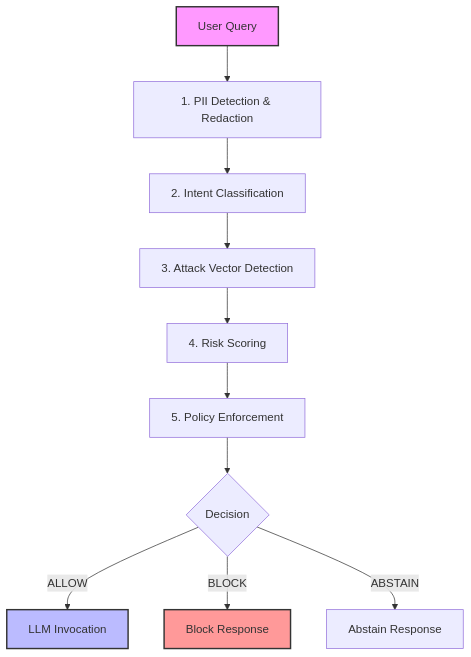
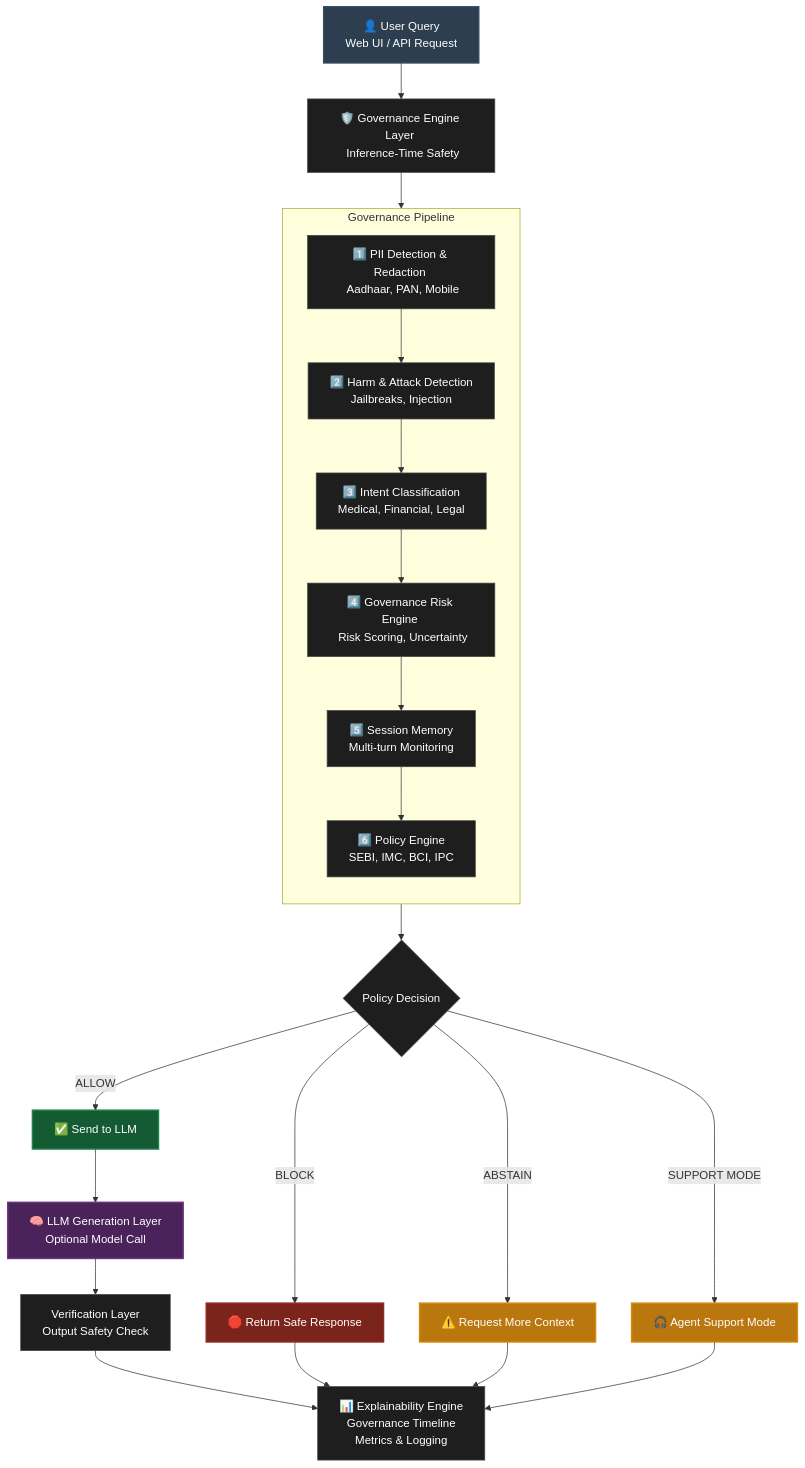
Before and after one commit to Alkur123/india-ai-safety-and-governance-engine: the first of 3 diagrams in README.md, drawn with Mermaid. The commit also changed other lines of this file, not shown here.

````diff
--- a/README.md
+++ b/README.md
@@ -110,16 +66,39 @@
 ```mermaid
 graph TD
-    User[User Query] --> L1[1. PII Detection & Redaction]
-    L1 --> L2[2. Intent Classification]
-    L2 --> L3[3. Attack Vector Detection]
-    L3 --> L4[4. Risk Scoring]
-    L4 --> L5[5. Policy Enforcement]
-    L5 --> Decision{Decision}
-    Decision -- ALLOW --> LLM[LLM Invocation]
-    Decision -- BLOCK --> Block[Block Response]
-    Decision -- ABSTAIN --> Abstain[Abstain Response]
+    classDef default fill:#1E1E1E,stroke:#444,stroke-width:1px,color:#fff;
+    classDef user fill:#2C3E50,stroke:#34495E,stroke-width:2px,color:#fff;
+    classDef LLM fill:#4A235A,stroke:#6C3483,stroke-width:2px,color:#fff;
+    classDef allow fill:#145A32,stroke:#1E8449,stroke-width:2px,color:#fff;
+    classDef block fill:#7B241C,stroke:#922B21,stroke-width:2px,color:#fff;
+    classDef abstain fill:#B9770E,stroke:#D68910,stroke-width:2px,color:#fff;
     
-    style User fill:#f9f,stroke:#333,stroke-width:2px
-    style LLM fill:#bbf,stroke:#333,stroke-width:2px
-    style Block fill:#f99,stroke:#333,stroke-width:2px
+    U[👤 User Query <br/> Web UI / API Request]:::user --> GL[🛡️ Governance Engine Layer <br/> Inference-Time Safety]
+    
+    subgraph Pipeline [Governance Pipeline]
+        direction TB
+        P1[1️⃣ PII Detection & Redaction <br/> Aadhaar, PAN, Mobile]
+        P2[2️⃣ Harm & Attack Detection <br/> Jailbreaks, Injection]
+        P3[3️⃣ Intent Classification <br/> Medical, Financial, Legal]
+        P4[4️⃣ Governance Risk Engine <br/> Risk Scoring, Uncertainty]
+        P5[5️⃣ Session Memory <br/> Multi-turn Monitoring]
+        P6[6️⃣ Policy Engine <br/> SEBI, IMC, BCI, IPC]
+        
+        P1 --> P2 --> P3 --> P4 --> P5 --> P6
+    end
+    
+    GL --> Pipeline
+    Pipeline --> PD{Policy Decision}
+    
+    PD -->|ALLOW| AL[✅ Send to LLM]:::allow
+    PD -->|BLOCK| BL[🛑 Return Safe Response]:::block
+    PD -->|ABSTAIN| AB[⚠️ Request More Context]:::abstain
+    PD -->|SUPPORT MODE| SM[🎧 Agent Support Mode]:::abstain
+    
+    AL --> LLM[🧠 LLM Generation Layer <br/> Optional Model Call]:::LLM
+    LLM --> VL[Verification Layer <br/> Output Safety Check]
+    
+    VL --> EE[📊 Explainability Engine <br/> Governance Timeline <br/> Metrics & Logging]
+    BL --> EE
+    AB --> EE
+    SM --> EE
 ```
````
